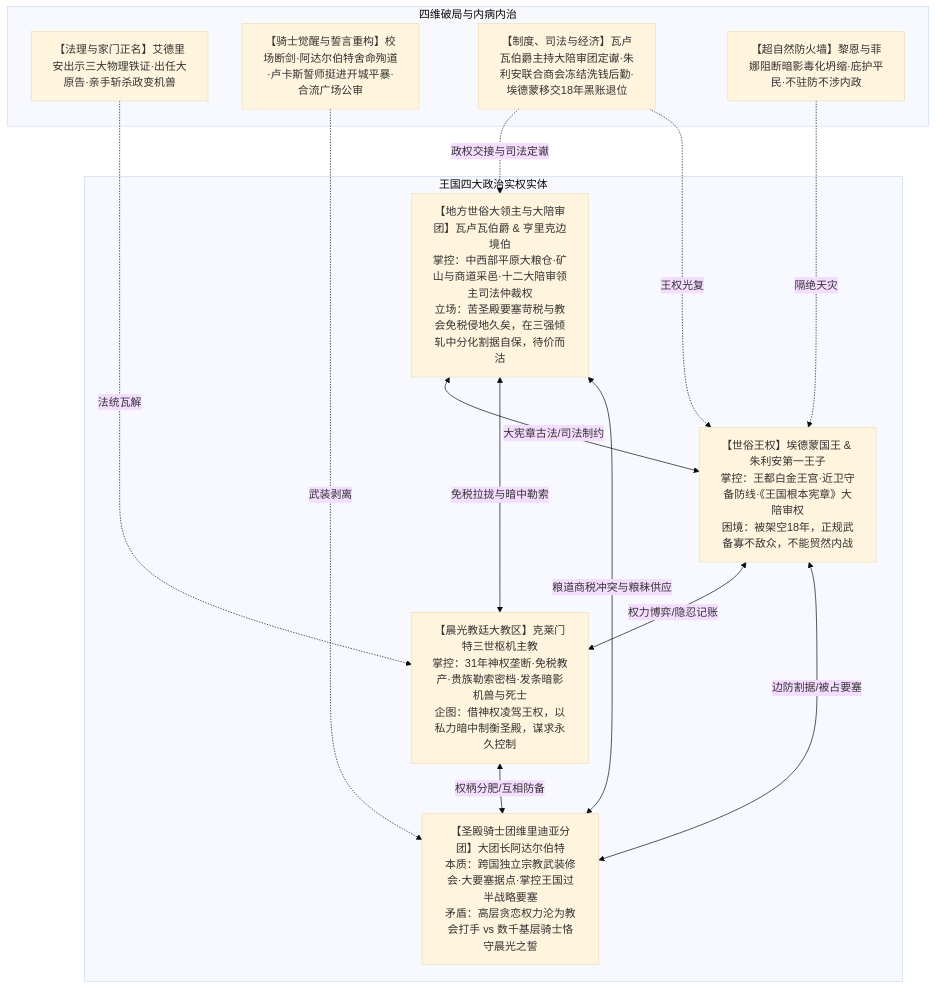
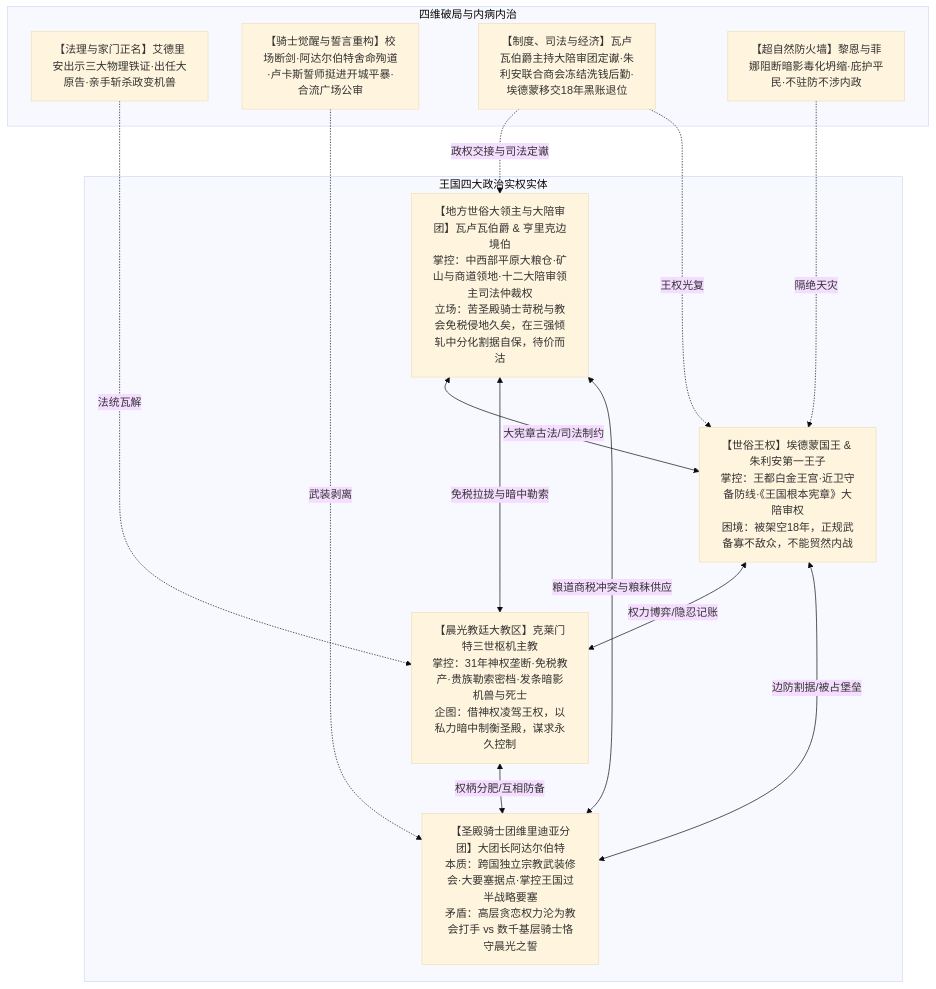
Before and after one commit to soranokiseki1437/eldoria-worldbook: the second of 5 diagrams in 方案/第二部/主线与世界扩充方案/00_第二部宏篇主线总纲与方案管理中枢.md, drawn with Mermaid (base theme). The commit also changed other lines of this file and 157 other files, not shown here.

````diff
--- a/方案/第二部/主线与世界扩充方案/00_第二部宏篇主线总纲与方案管理中枢.md
+++ b/方案/第二部/主线与世界扩充方案/00_第二部宏篇主线总纲与方案管理中枢.md
@@ -178,29 +180,29 @@
 ```mermaid
 graph TD
     subgraph 王国四大政治实权实体
         Crown["【世俗王权】埃德蒙国王 & 朱利安第一王子<br/>掌控：王都白金王宫·近卫守备防线·《王国根本宪章》大陪审权<br/>困境：被架空18年，正规武备寡不敌众，不能贸然内战"]
         Church["【晨光教廷大教区】克莱门特三世枢机主教<br/>掌控：31年神权垄断·免税教产·贵族勒索密档·发条暗影机兽与死士<br/>企图：借神权凌驾王权，以私力暗中制衡圣殿，谋求永久控制"]
         Knights["【圣殿骑士团维里迪亚分团】大团长阿达尔伯特<br/>本质：跨国独立宗教武装修会·大要塞据点·掌控王国过半战略要塞<br/>矛盾：高层贪恋权力沦为教会打手 vs 数千基层骑士恪守晨光之誓"]
-        Nobles["【地方世俗大领主与大陪审团】瓦卢瓦伯爵 & 亨里克边境伯<br/>掌控：中西部平原大粮仓·矿山与商道采邑·十二大陪审领主司法仲裁权<br/>立场：苦圣殿要塞苛税与教会免税侵地久矣，在三强倾轧中分化割据自保，待价而沽"]
+        Nobles["【地方世俗大领主与大陪审团】瓦卢瓦伯爵 & 亨里克边境伯<br/>掌控：中西部平原大粮仓·矿山与商道领地·十二大陪审领主司法仲裁权<br/>立场：苦圣殿骑士苛税与教会免税侵地久矣，在三强倾轧中分化割据自保，待价而沽"]
     end
 
     subgraph 四维破局与内病内治
         Solve1["【法理与家门正名】艾德里安出示三大物理铁证·出任大原告·亲手斩杀政变机兽"]
         Solve2["【骑士觉醒与誓言重构】校场断剑·阿达尔伯特舍命殉道·卢卡斯誓师挺进开城平暴·合流广场公审"]
         Solve3["【制度、司法与经济】瓦卢瓦伯爵主持大陪审团定谳·朱利安联合商会冻结洗钱后勤·埃德蒙移交18年黑账退位"]
         Solve4["【超自然防火墙】黎恩与菲娜阻断暗影毒化坍缩·庇护平民·不驻防不涉内政"]
     end
 
     Crown <-->|权力博弈/隐忍记账| Church
     Church <-->|权柄分肥/互相防备| Knights
-    Crown <-->|边防割据/被占要塞| Knights
+    Crown <-->|边防割据/被占堡垒| Knights
     Nobles <-->|大宪章古法/司法制约| Crown
     Nobles <-->|免税拉拢与暗中勒索| Church
     Nobles <-->|粮道商税冲突与粮秣供应| Knights
 
     Solve1 -.->|法统瓦解| Church
     Solve2 -.->|武装剥离| Knights
     Solve3 -.->|政权交接与司法定谳| Nobles
     Solve3 -.->|王权光复| Crown
     Solve4 -.->|隔绝天灾| Crown
 ```
````
